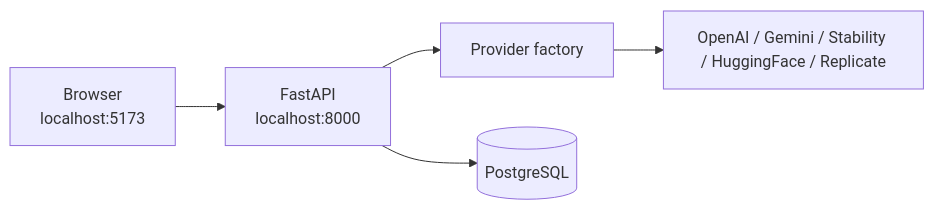
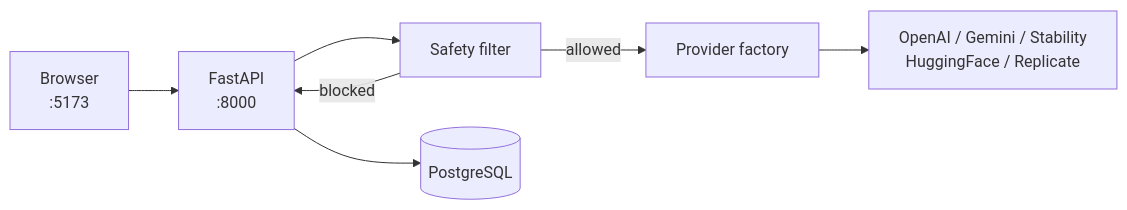
The diagram in README.md (Nditah/AI-Image-Gen), drawn with Mermaid before and after one commit. The commit also changed other lines of this file and 39 other files, not shown here.

````diff
--- a/README.md
+++ b/README.md
@@ -19,7 +49,9 @@
 ```mermaid
 flowchart LR
-  A[Browser<br/>localhost:5173] --> B[FastAPI<br/>localhost:8000]
-  B --> C[Provider factory]
-  C --> D[OpenAI / Gemini / Stability / HuggingFace / Replicate]
+  A[Browser<br/>:5173] --> B[FastAPI<br/>:8000]
+  B --> S[Safety filter]
+  S -->|blocked| B
+  S -->|allowed| C[Provider factory]
+  C --> D[OpenAI / Gemini / Stability<br/>HuggingFace / Replicate]
   B --> E[(PostgreSQL)]
 ```
````
